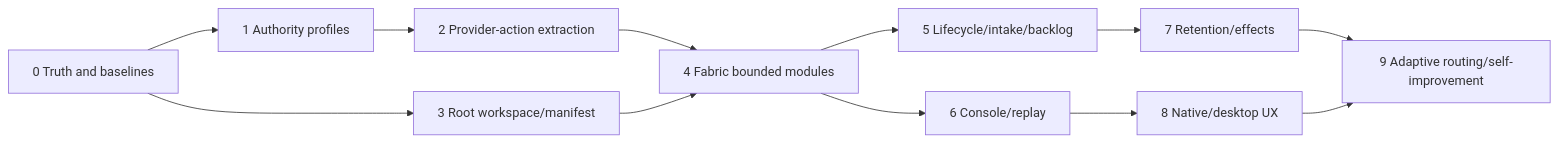
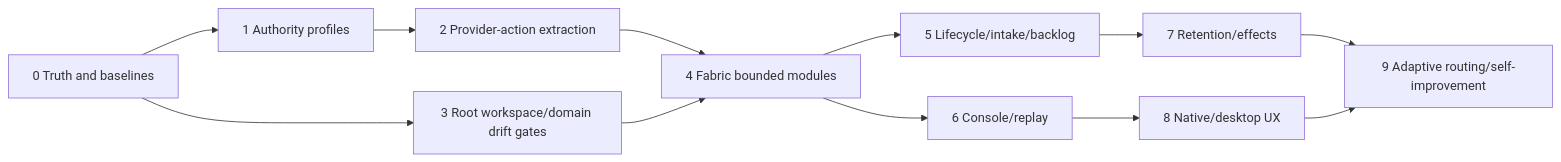
One commit to mblauberg/agent-harness changed the diagram in docs/agent-harness-comprehensive-review/implementation-roadmap.md. Above: the diagram before and after it, drawn with Mermaid. The commit also changed other lines of this file and 18 other files, not shown here.

Commit message:
docs(architecture): record ratified harness decisions

````diff
--- a/docs/agent-harness-comprehensive-review/implementation-roadmap.md
+++ b/docs/agent-harness-comprehensive-review/implementation-roadmap.md
@@ -18,14 +34,14 @@
 ```mermaid
 flowchart LR
     T0[0 Truth and baselines] --> T1[1 Authority profiles]
     T1 --> T2[2 Provider-action extraction]
-    T0 --> T3[3 Root workspace/manifest]
+    T0 --> T3[3 Root workspace/domain drift gates]
     T2 --> T4[4 Fabric bounded modules]
     T3 --> T4
     T4 --> T5[5 Lifecycle/intake/backlog]
     T4 --> T6[6 Console/replay]
     T5 --> T7[7 Retention/effects]
     T6 --> T8[8 Native/desktop UX]
     T7 --> T9[9 Adaptive routing/self-improvement]
     T8 --> T9
 ```
````
